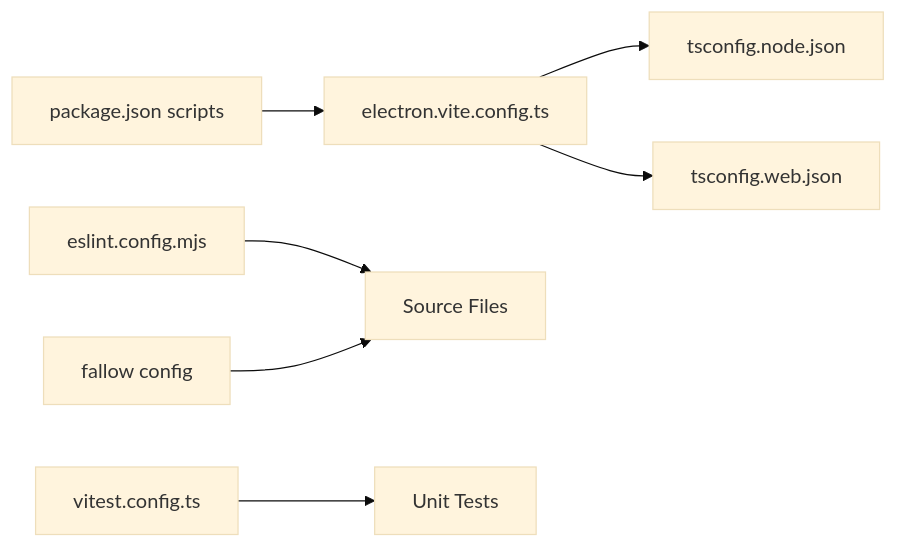
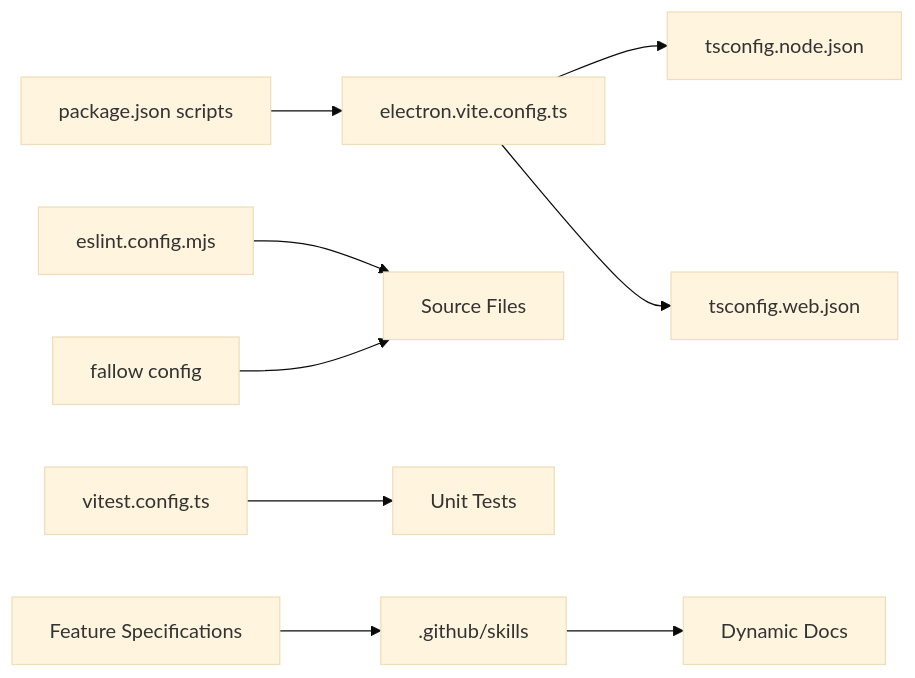
One commit to satyrlord/mixjam-electron changed the sixth of 6 diagrams in .qoder/repowiki/en/content/Development Guidelines/Development Guidelines.md. Above: the diagram before and after it, drawn with Mermaid (base theme). The commit also changed other lines of this file and 5 other files, not shown here.

````diff
--- a/.qoder/repowiki/en/content/Development Guidelines/Development Guidelines.md
+++ b/.qoder/repowiki/en/content/Development Guidelines/Development Guidelines.md
@@ -235,9 +269,11 @@
 ```mermaid
 graph LR
 PKG["package.json scripts"] --> EVITE["electron.vite.config.ts"]
 EVITE --> NODECFG["tsconfig.node.json"]
 EVITE --> WEB["tsconfig.web.json"]
 ESL["eslint.config.mjs"] --> SRC["Source Files"]
 VIT["vitest.config.ts"] --> TESTS["Unit Tests"]
 FALL["fallow config"] --> SRC
+GITHUB[".github/skills"] --> DOCS["Dynamic Docs"]
+SPEC["Feature Specifications"] --> GITHUB
 ```
````
